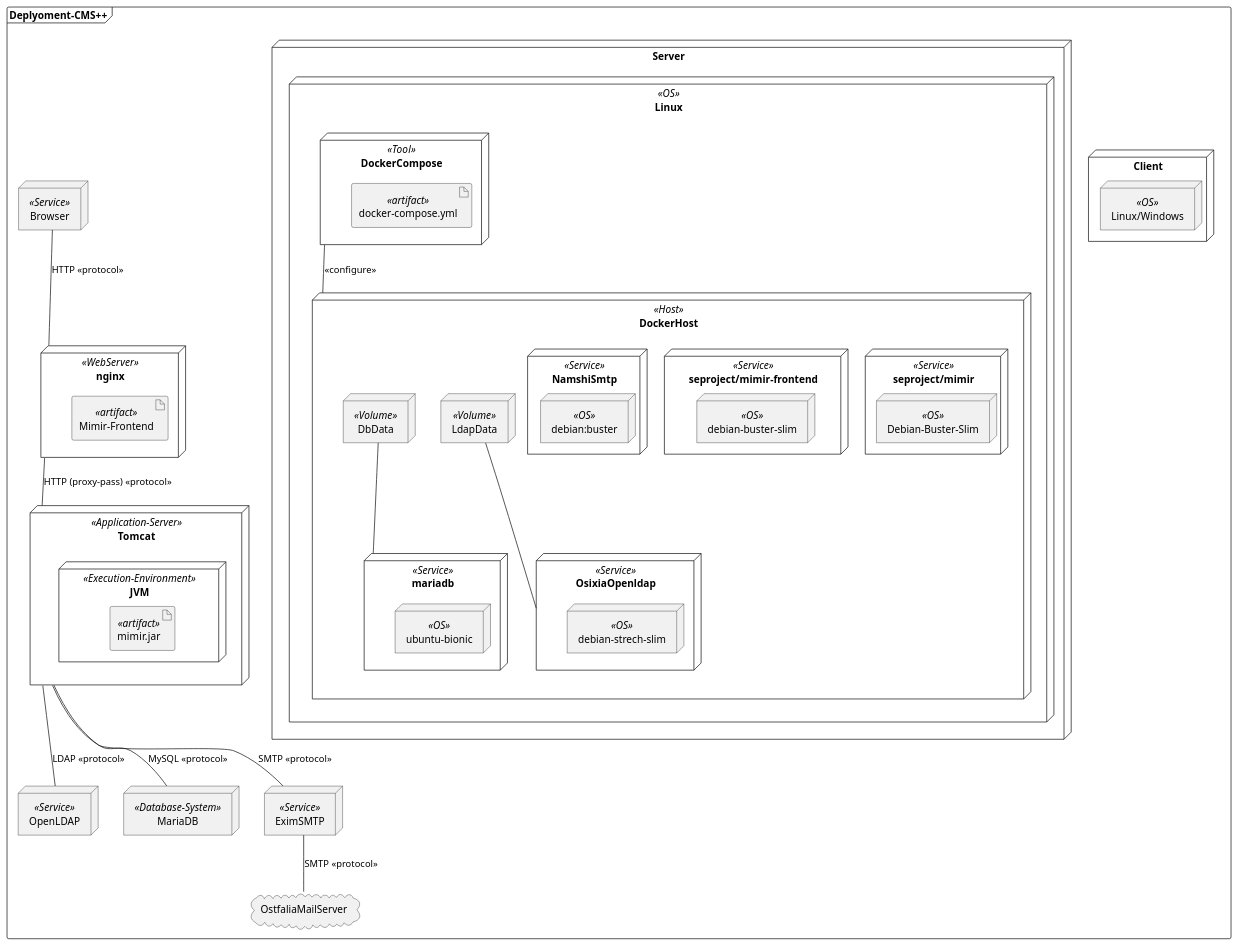
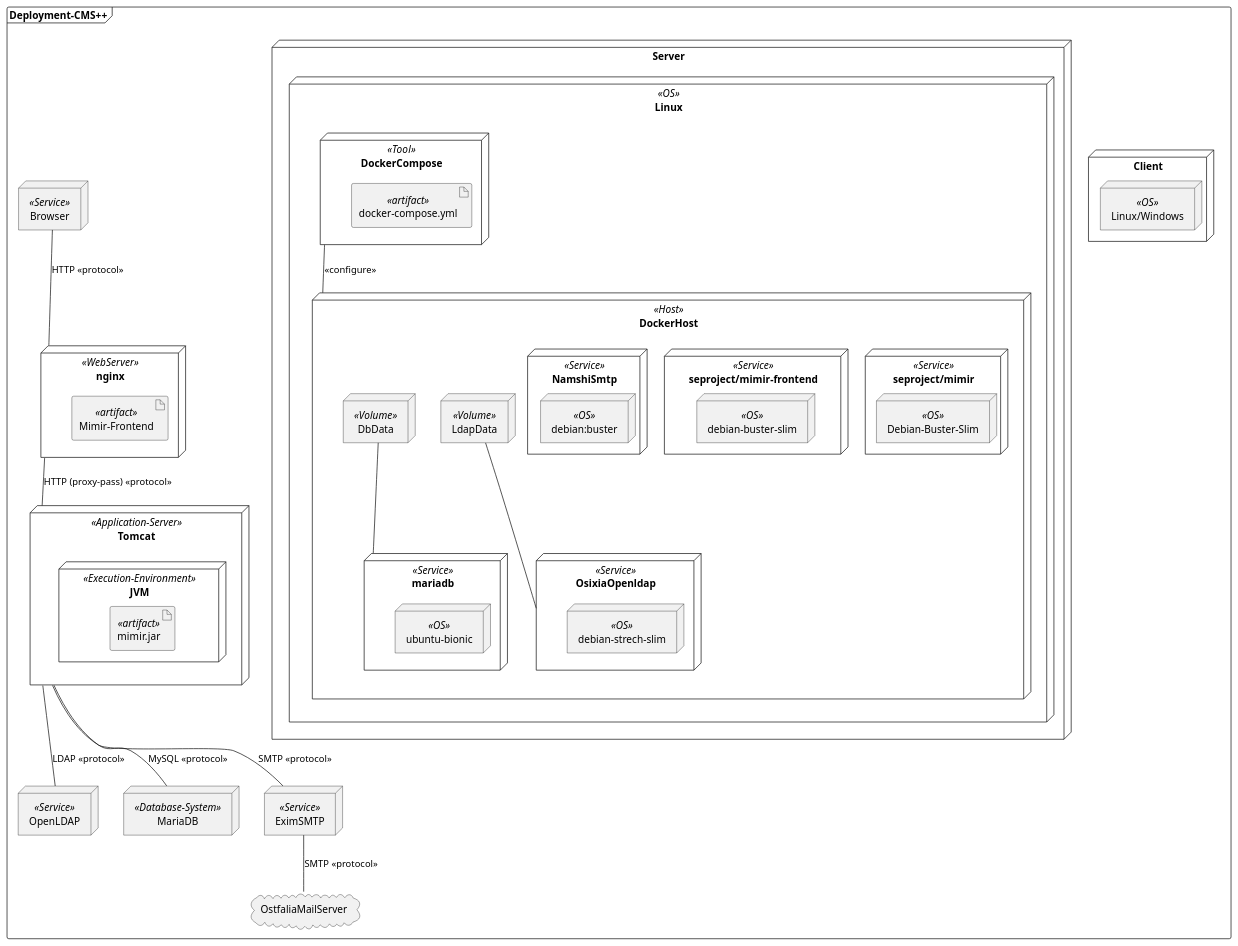
The diagram in uml/deployment.puml (NotAWiz4rd/mimir-cms), drawn with PlantUML before and after one commit.

```diff
--- a/uml/deployment.puml
+++ b/uml/deployment.puml
@@ -1,74 +1,74 @@
 @startuml
 
-frame Deplyoment-CMS++{
+frame Deployment-CMS++{
     
     cloud OstfaliaMailServer
     
     Browser -- nginx : HTTP <<protocol>>
     nginx -- Tomcat : HTTP (proxy-pass) <<protocol>>
     Tomcat -- OpenLDAP : LDAP <<protocol>>
     Tomcat -- MariaDB : MySQL <<protocol>>
     Tomcat -- EximSMTP : SMTP <<protocol>>
     EximSMTP -- OstfaliaMailServer : SMTP <<protocol>>
     
     node Client {
         node Linux/Windows <<OS>> {
             node Browser <<Service>> {
 
             }
         }
     }
 
     node Server {
         node Linux <<OS>> {
            node DockerHost <<Host>> {
                 node seproject/mimir <<Service>> {
                     node Debian-Buster-Slim <<OS>> {
                         node Tomcat <<Application-Server>> {
                             node JVM <<Execution-Environment>> {
                                artifact "mimir.jar" <<artifact>>
                             }
                         }
                     }
                 }
                 node seproject/mimir-frontend <<Service>> {
                     node debian-buster-slim <<OS>> {
                         node nginx <<WebServer>> {
                             artifact "Mimir-Frontend" <<artifact>>
                         }
                     }
                 }
                 node mariadb <<Service>> {
                     node ubuntu-bionic <<OS>> {
                         node MariaDB <<Database-System>> {
                         }
                     }
                 }
                 node OsixiaOpenldap <<Service>> {
                     node debian-strech-slim <<OS>> {
                         node OpenLDAP <<Service>> {
                         }
                     }
                 }
                 node NamshiSmtp <<Service>> {
                     node debian:buster <<OS>> {
                         node EximSMTP <<Service>> {
                         }
                     }
                 }
                 node LdapData <<Volume>> {
                 }
                 node DbData <<Volume>> {
                 }
                 LdapData -- OsixiaOpenldap
                 DbData -- mariadb
            }
            node DockerCompose <<Tool>> {
                 artifact "docker-compose.yml" <<artifact>>
            }
            DockerCompose -- DockerHost : <<configure>>
           
         }
     }
 }
 @enduml
```
